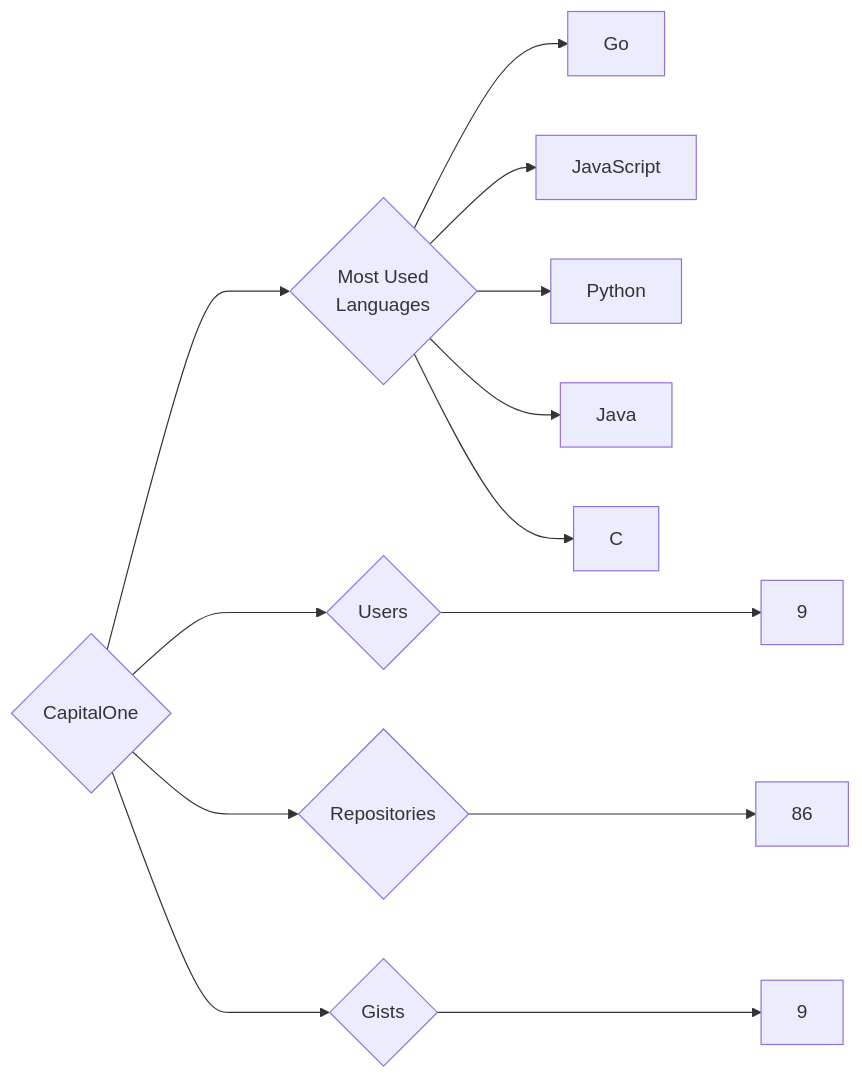
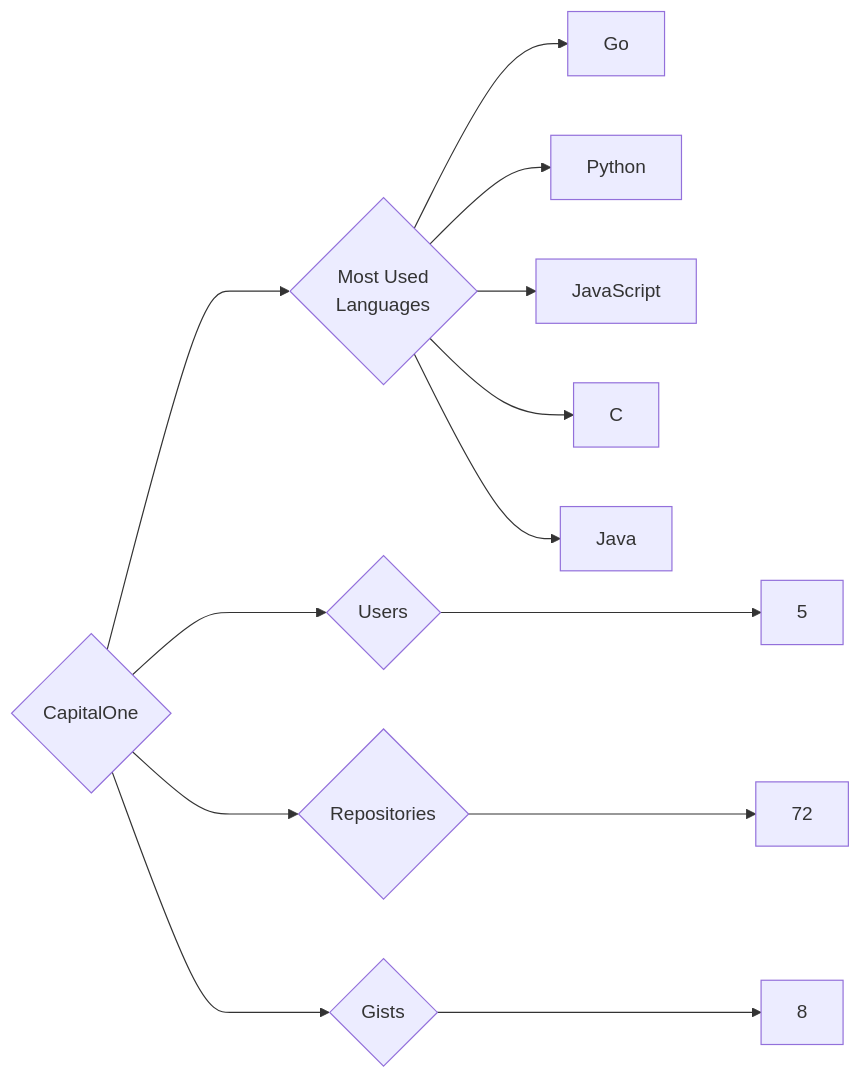
The diagram in targets/CapitalOne/README.md (trickest/insiders), drawn with Mermaid before and after one commit. The commit also changed 873 other files, not shown here.

````diff
--- a/targets/CapitalOne/README.md
+++ b/targets/CapitalOne/README.md
@@ -3,13 +3,13 @@
 ```mermaid
 graph LR
 COMPANY_NAME{CapitalOne}
-COMPANY_NAME ---> U{Users} ---> UN[9]
-COMPANY_NAME ---> R{Repositories} ---> RN[86]
-COMPANY_NAME ---> G{Gists} ---> GN[9]
+COMPANY_NAME ---> U{Users} ---> UN[5]
+COMPANY_NAME ---> R{Repositories} ---> RN[72]
+COMPANY_NAME ---> G{Gists} ---> GN[8]
 COMPANY_NAME ---> ML{Most Used<br>Languages}
 ML --> Go[Go]
+ML --> Python[Python]
 ML --> JavaScript[JavaScript]
-ML --> Python[Python]
+ML --> C[C]
 ML --> Java[Java]
-ML --> C[C]
 ```
````
